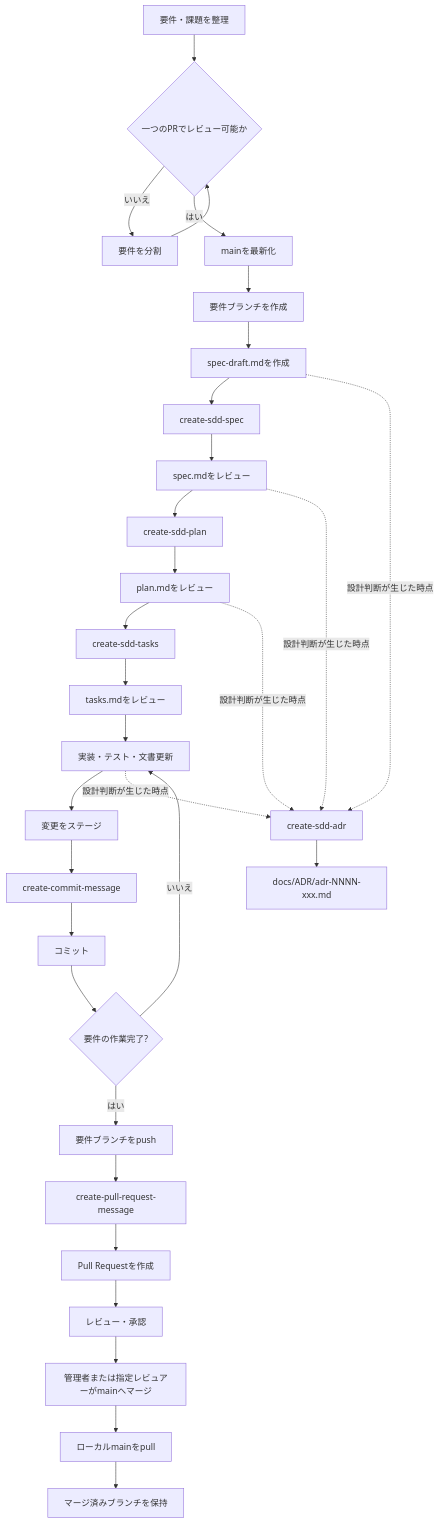
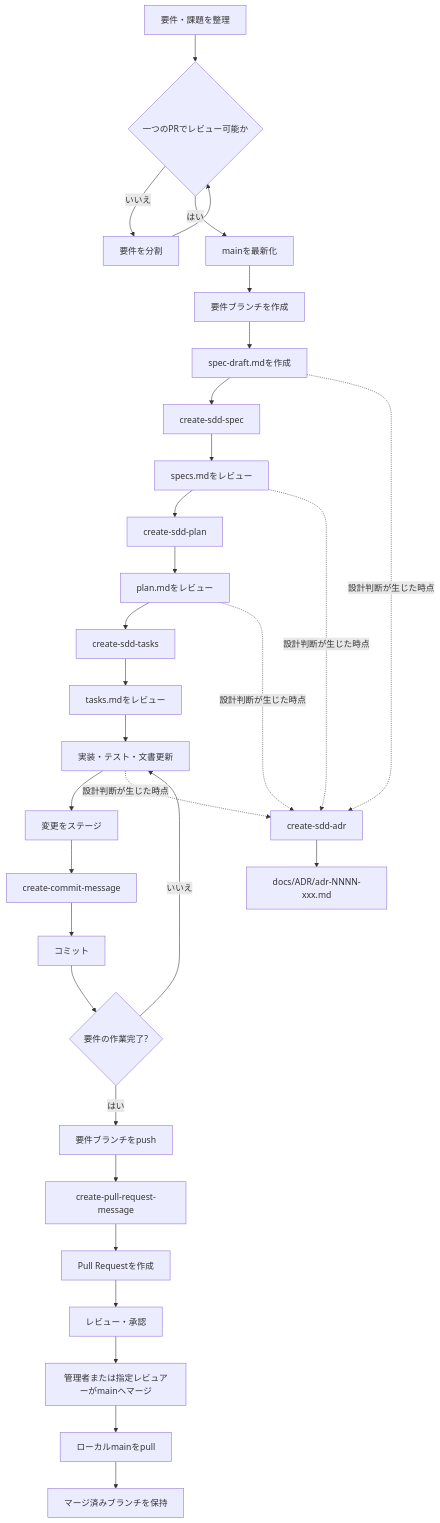
One commit to rafty/OpenAIAgentCore-base changed the first of 2 diagrams in docs/SDD/README.md. Above: the diagram before and after it, drawn with Mermaid. The commit also changed other lines of this file and 16 other files, not shown here.

````diff
--- a/docs/SDD/README.md
+++ b/docs/SDD/README.md
@@ -78,34 +78,34 @@
 ```mermaid
 flowchart TD
     A[要件・課題を整理] --> B{一つのPRでレビュー可能か}
     B -- いいえ --> C[要件を分割]
     C --> B
     B -- はい --> D[mainを最新化]
     D --> E[要件ブランチを作成]
     E --> F[spec-draft.mdを作成]
     F --> G[create-sdd-spec]
-    G --> H[spec.mdをレビュー]
+    G --> H[specs.mdをレビュー]
     H --> I[create-sdd-plan]
     I --> J[plan.mdをレビュー]
     J --> K[create-sdd-tasks]
     K --> L[tasks.mdをレビュー]
     L --> M[実装・テスト・文書更新]
     M --> N[変更をステージ]
     N --> O[create-commit-message]
     O --> P[コミット]
     P --> Q{要件の作業完了?}
     Q -- いいえ --> M
     Q -- はい --> R[要件ブランチをpush]
     R --> S[create-pull-request-message]
     S --> T[Pull Requestを作成]
     T --> U[レビュー・承認]
     U --> V[管理者または指定レビュアーがmainへマージ]
     V --> W[ローカルmainをpull]
     W --> X[マージ済みブランチを保持]
 
     F -. 設計判断が生じた時点 .-> Y[create-sdd-adr]
     H -. 設計判断が生じた時点 .-> Y
     J -. 設計判断が生じた時点 .-> Y
     M -. 設計判断が生じた時点 .-> Y
     Y --> Z[docs/ADR/adr-NNNN-xxx.md]
 ```
````
